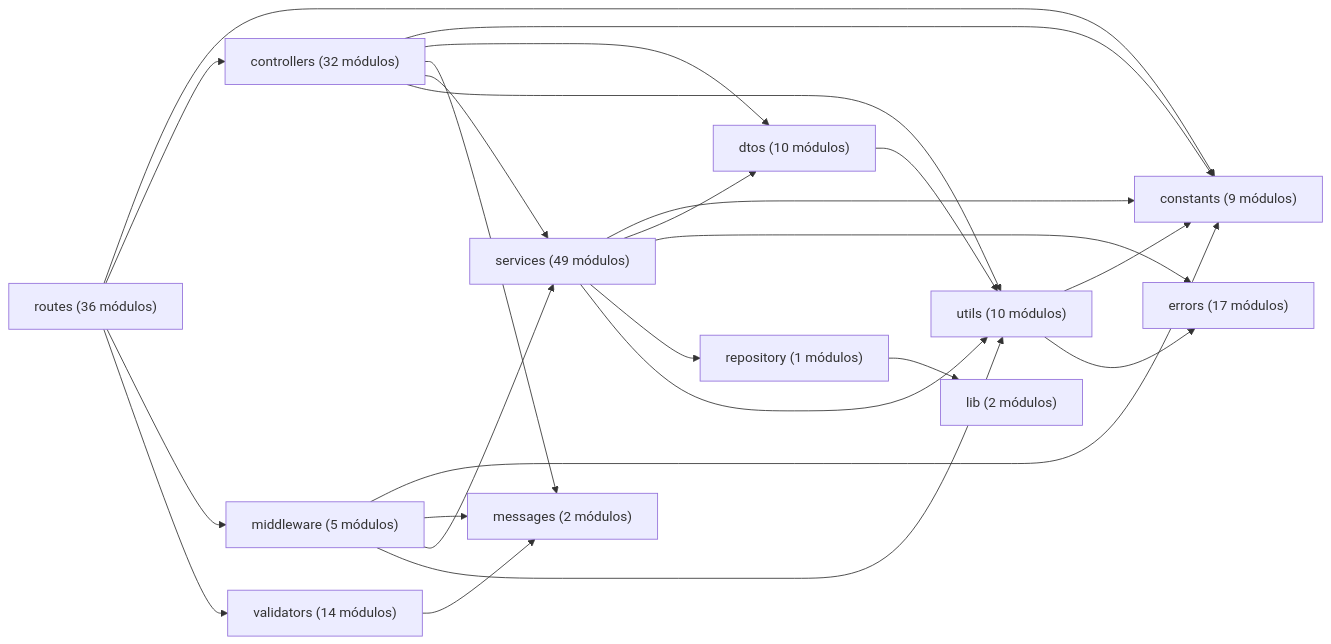
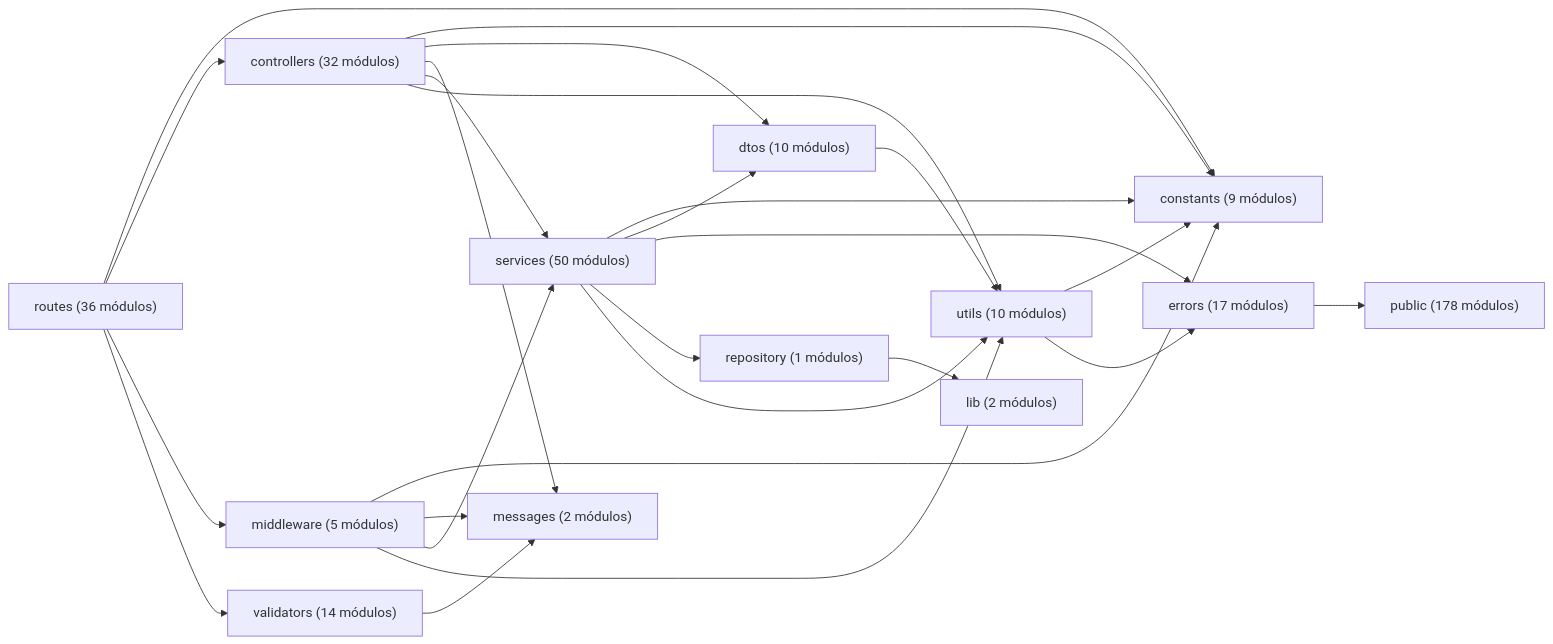
Before and after one commit to gpgsistemas01/nexus: the diagram in docs/generated/code-map.md, drawn with Mermaid. The commit also changed 8 other files, not shown here.

````diff
--- a/docs/generated/code-map.md
+++ b/docs/generated/code-map.md
@@ -15,26 +15,27 @@
 ```mermaid
 flowchart LR
     controllers["controllers (32 módulos)"] --> constants["constants (9 módulos)"]
     controllers["controllers (32 módulos)"] --> dtos["dtos (10 módulos)"]
     controllers["controllers (32 módulos)"] --> messages["messages (2 módulos)"]
-    controllers["controllers (32 módulos)"] --> services["services (49 módulos)"]
+    controllers["controllers (32 módulos)"] --> services["services (50 módulos)"]
     controllers["controllers (32 módulos)"] --> utils["utils (10 módulos)"]
     dtos["dtos (10 módulos)"] --> utils["utils (10 módulos)"]
+    errors["errors (17 módulos)"] --> public["public (178 módulos)"]
     middleware["middleware (5 módulos)"] --> constants["constants (9 módulos)"]
     middleware["middleware (5 módulos)"] --> messages["messages (2 módulos)"]
-    middleware["middleware (5 módulos)"] --> services["services (49 módulos)"]
+    middleware["middleware (5 módulos)"] --> services["services (50 módulos)"]
     middleware["middleware (5 módulos)"] --> utils["utils (10 módulos)"]
     repository["repository (1 módulos)"] --> lib["lib (2 módulos)"]
     routes["routes (36 módulos)"] --> constants["constants (9 módulos)"]
     routes["routes (36 módulos)"] --> controllers["controllers (32 módulos)"]
     routes["routes (36 módulos)"] --> middleware["middleware (5 módulos)"]
     routes["routes (36 módulos)"] --> validators["validators (14 módulos)"]
-    services["services (49 módulos)"] --> constants["constants (9 módulos)"]
-    services["services (49 módulos)"] --> dtos["dtos (10 módulos)"]
-    services["services (49 módulos)"] --> errors["errors (17 módulos)"]
-    services["services (49 módulos)"] --> repository["repository (1 módulos)"]
-    services["services (49 módulos)"] --> utils["utils (10 módulos)"]
+    services["services (50 módulos)"] --> constants["constants (9 módulos)"]
+    services["services (50 módulos)"] --> dtos["dtos (10 módulos)"]
+    services["services (50 módulos)"] --> errors["errors (17 módulos)"]
+    services["services (50 módulos)"] --> repository["repository (1 módulos)"]
+    services["services (50 módulos)"] --> utils["utils (10 módulos)"]
     utils["utils (10 módulos)"] --> constants["constants (9 módulos)"]
     utils["utils (10 módulos)"] --> errors["errors (17 módulos)"]
     validators["validators (14 módulos)"] --> messages["messages (2 módulos)"]
 ```
````
